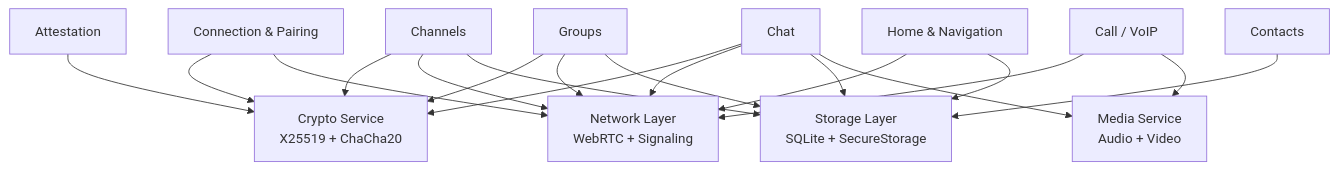
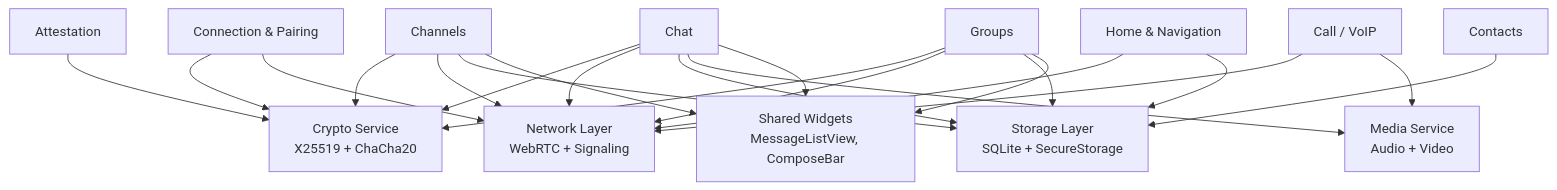
Before and after one commit to Hamza-Labs-Core/zajel: the second of 2 diagrams in packages/wiki/Architecture-Overview.md, drawn with Mermaid. The commit also changed other lines of this file and 7 other files, not shown here.

First line of the commit message:
docs(wiki): update wiki for MessageListView, pagination, UTC timestamps

````diff
--- a/packages/wiki/Architecture-Overview.md
+++ b/packages/wiki/Architecture-Overview.md
@@ -69,26 +69,30 @@
 ```mermaid
 graph TD
     CHAT[Chat] --> CRYPTO
     CHAT --> NET
     CHAT --> STORE
     CHAT --> MEDIA
+    CHAT --> SHARED
     CHAN[Channels] --> CRYPTO
     CHAN --> NET
     CHAN --> STORE
+    CHAN --> SHARED
     GRP[Groups] --> CRYPTO
     GRP --> NET
     GRP --> STORE
+    GRP --> SHARED
     CALL[Call / VoIP] --> NET
     CALL --> MEDIA
     CONN[Connection & Pairing] --> CRYPTO
     CONN --> NET
     HOME[Home & Navigation] --> NET
     HOME --> STORE
     CONTACT[Contacts] --> STORE
     ATT[Attestation] --> CRYPTO
 
+    SHARED[Shared Widgets<br/>MessageListView, ComposeBar]
     CRYPTO[Crypto Service<br/>X25519 + ChaCha20]
     NET[Network Layer<br/>WebRTC + Signaling]
     STORE[Storage Layer<br/>SQLite + SecureStorage]
     MEDIA[Media Service<br/>Audio + Video]
 ```
````
